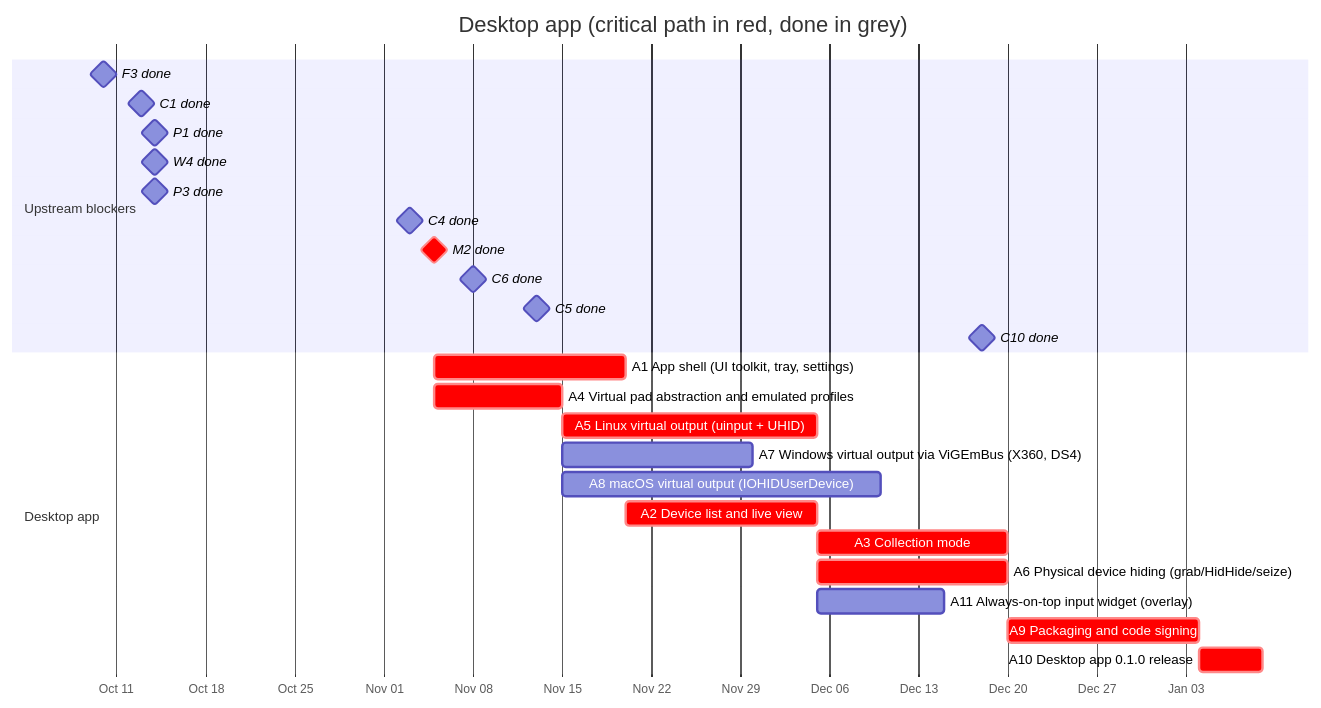
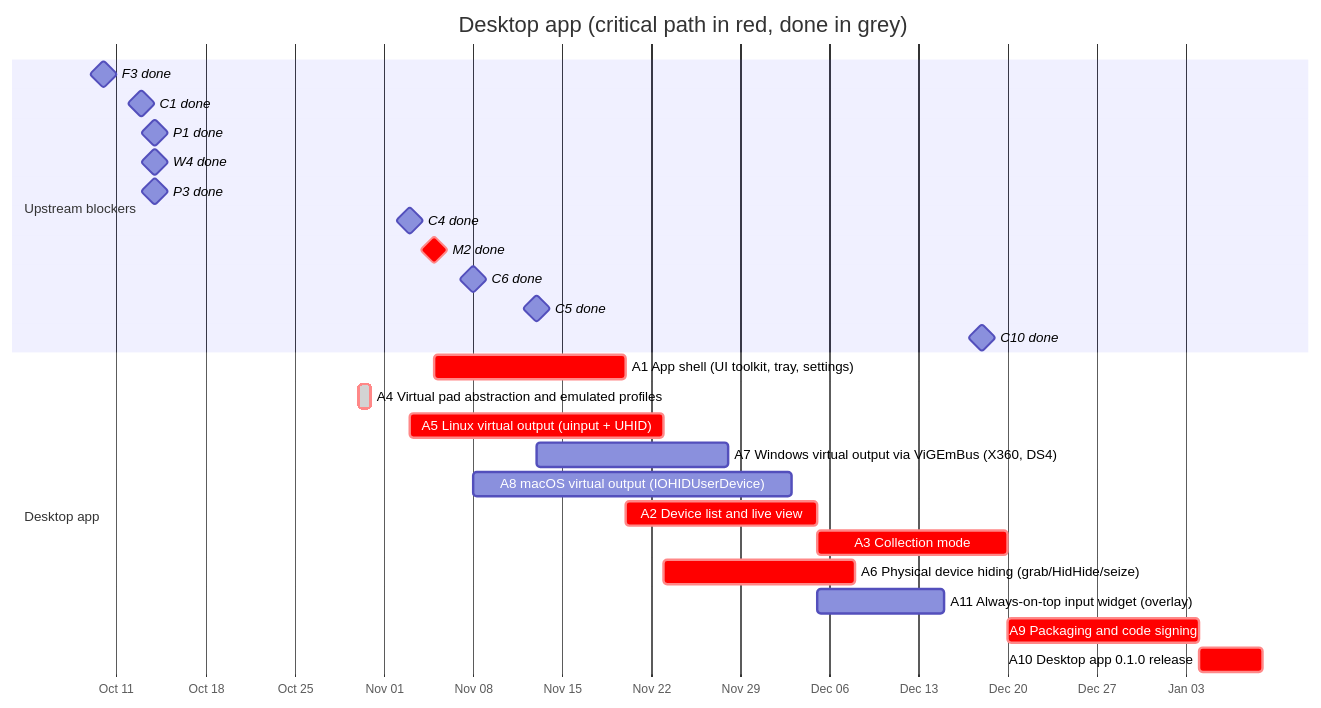
Before and after one commit to anygamepad/anygamepad.github.io: the diagram in ROADMAP/2026-10-14/05-desktop-app.md, drawn with Mermaid. The commit also changed other lines of this file and 69 other files, not shown here.

````diff
--- a/ROADMAP/2026-10-14/05-desktop-app.md
+++ b/ROADMAP/2026-10-14/05-desktop-app.md
@@ -18,29 +18,29 @@
 ```mermaid
 gantt
     dateFormat YYYY-MM-DD
     axisFormat %b %d
     title Desktop app (critical path in red, done in grey)
     section Upstream blockers
     F3 done :milestone, f3, 2026-10-10, 0d
     C1 done :milestone, c1, 2026-10-13, 0d
     P1 done :milestone, p1, 2026-10-14, 0d
     W4 done :milestone, w4, 2026-10-14, 0d
     P3 done :milestone, p3, 2026-10-14, 0d
     C4 done :milestone, c4, 2026-11-03, 0d
     M2 done :milestone, crit, m2, 2026-11-05, 0d
     C6 done :milestone, c6, 2026-11-08, 0d
     C5 done :milestone, c5, 2026-11-13, 0d
     C10 done :milestone, c10, 2026-12-18, 0d
     section Desktop app
     A1 App shell (UI toolkit, tray, settings) :crit, a1, after f3 m2, 15d
-    A4 Virtual pad abstraction and emulated profiles :crit, a4, after c1 m2, 10d
+    A4 Virtual pad abstraction and emulated profiles :crit, done, a4, 2026-10-30, 1d
     A5 Linux virtual output (uinput + UHID) :crit, a5, after a4 c4, 20d
     A7 Windows virtual output via ViGEmBus (X360, DS4) :a7, after a4 c5, 15d
     A8 macOS virtual output (IOHIDUserDevice) :a8, after a4 c6, 25d
     A2 Device list and live view :crit, a2, after a1 c4, 15d
     A3 Collection mode :crit, a3, after a2 w4 p1 p3, 15d
     A6 Physical device hiding (grab/HidHide/seize) :crit, a6, after a5 c5 c6, 15d
     A11 Always-on-top input widget (overlay) :a11, after a2, 10d
     A9 Packaging and code signing :crit, a9, after a3 a6 a7 a8 a11, 15d
     A10 Desktop app 0.1.0 release :crit, a10, after a9 c10, 5d
 ```
````
